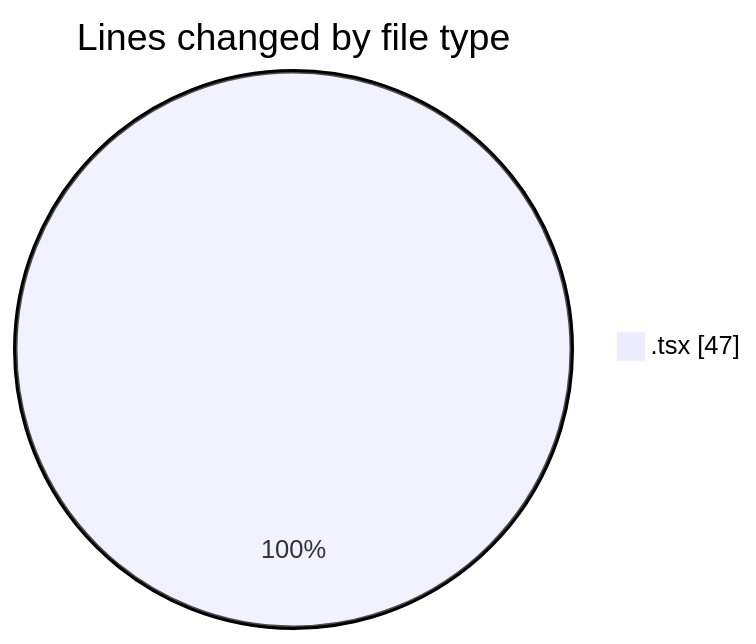
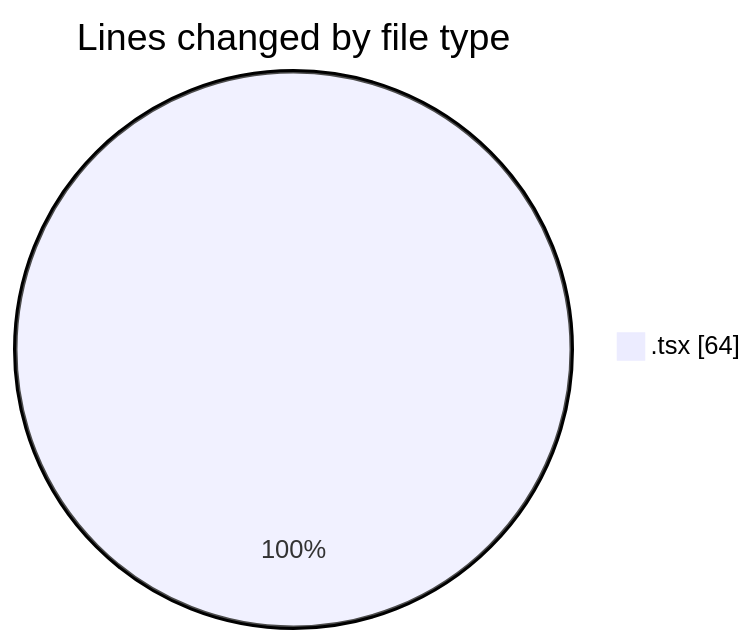
Before and after one commit to nxtqubesakshisongat/code-tracking: the first of 2 diagrams in 2026-03-15/nxtqube_webapp/README.md, drawn with Mermaid. The commit also changed other lines of this file and 1 other file, not shown here.

````diff
--- a/2026-03-15/nxtqube_webapp/README.md
+++ b/2026-03-15/nxtqube_webapp/README.md
@@ -20,5 +20,5 @@
 ```mermaid
 pie showData
 title Lines changed by file type
-".tsx" : 47
+".tsx" : 64
 ```
````
